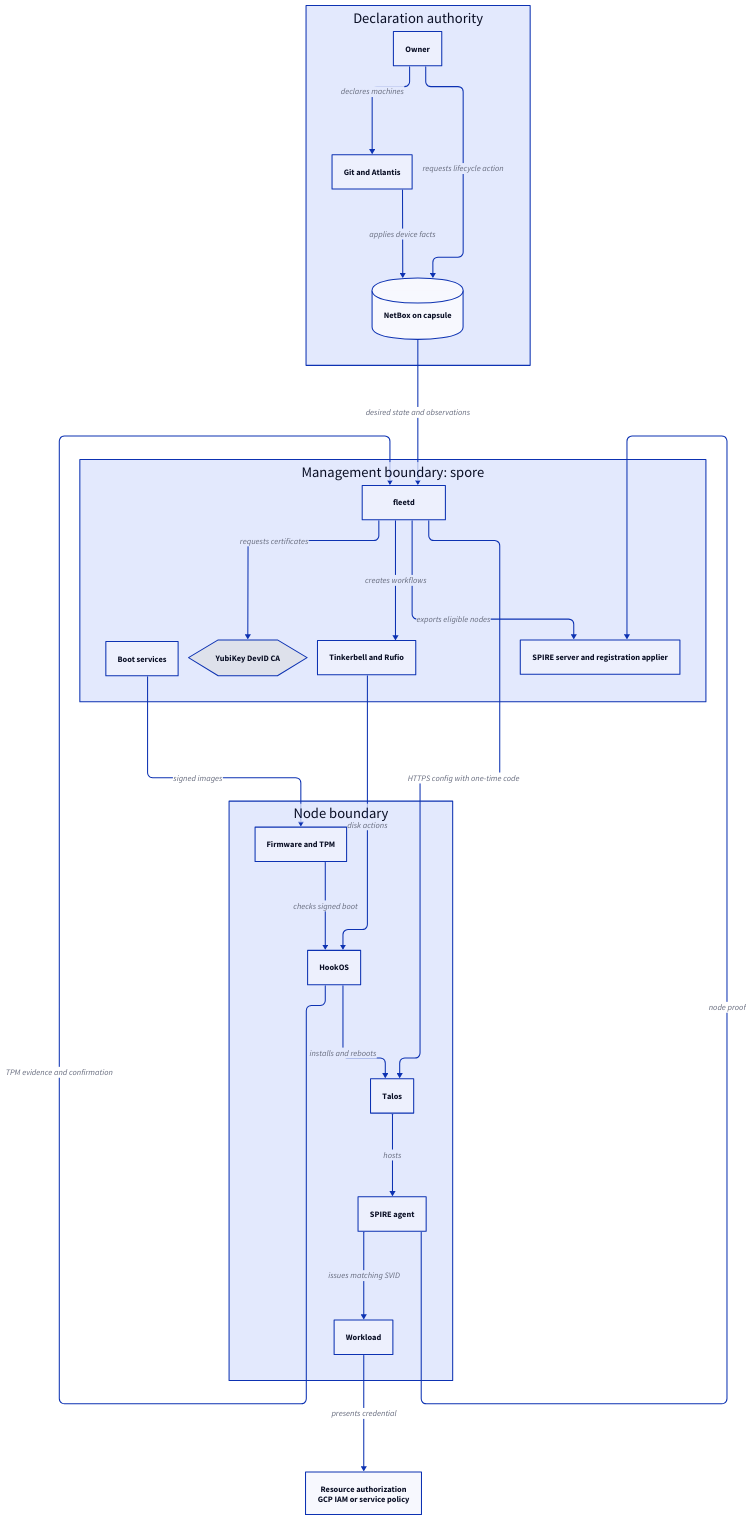
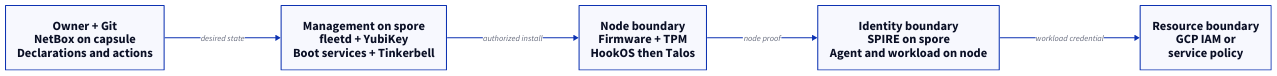
Before and after one commit to jonpulsifer/infra: the diagram in docs/assets/folly-design-components.d2, drawn with D2. The commit also changed 8 other files, not shown here.

Commit message:
docs: make trust diagrams readable in print

```diff
--- a/docs/assets/folly-design-components.d2
+++ b/docs/assets/folly-design-components.d2
@@ -1,39 +1,12 @@
 vars: {d2-config: {layout-engine: elk; theme-id: 0; pad: 24}}
-direction: down
-declarations: "Declaration authority" {
-  owner: Owner
-  git: "Git and Atlantis"
-  netbox: "NetBox on capsule" {shape: cylinder}
-  owner -> git: declares machines
-  git -> netbox: applies device facts
-  owner -> netbox: requests lifecycle action
-}
-spore: "Management boundary: spore" {
-  boot: "Boot services"
-  fleet: fleetd
-  key: "YubiKey DevID CA" {shape: hexagon}
-  tink: "Tinkerbell and Rufio"
-  spire: "SPIRE server and registration applier"
-  fleet -> key: requests certificates
-  fleet -> tink: creates workflows
-  fleet -> spire: exports eligible nodes
-}
-node: "Node boundary" {
-  firmware: "Firmware and TPM"
-  hook: HookOS
-  talos: Talos
-  agent: "SPIRE agent"
-  pod: Workload
-  firmware -> hook: checks signed boot
-  hook -> talos: installs and reboots
-  talos -> agent: hosts
-  agent -> pod: issues matching SVID
-}
-resource: "Resource authorization\nGCP IAM or service policy"
-declarations.netbox -> spore.fleet: desired state and observations
-spore.boot -> node.firmware: signed images
-node.hook -> spore.fleet: TPM evidence and confirmation
-spore.tink -> node.hook: disk actions
-spore.fleet -> node.talos: HTTPS config with one-time code
-node.agent -> spore.spire: node proof
-node.pod -> resource: presents credential
+direction: right
+facts: "Owner + Git\nNetBox on capsule\nDeclarations and actions"
+control: "Management on spore\nfleetd + YubiKey\nBoot services + Tinkerbell"
+node: "Node boundary\nFirmware + TPM\nHookOS then Talos"
+identity: "Identity boundary\nSPIRE on spore\nAgent and workload on node"
+resource: "Resource boundary\nGCP IAM or\nservice policy"
+facts -> control: desired state
+control -> node: authorized install
+node -> identity: node proof
+identity -> resource: workload credential
+**.style.font-size: 24
```
